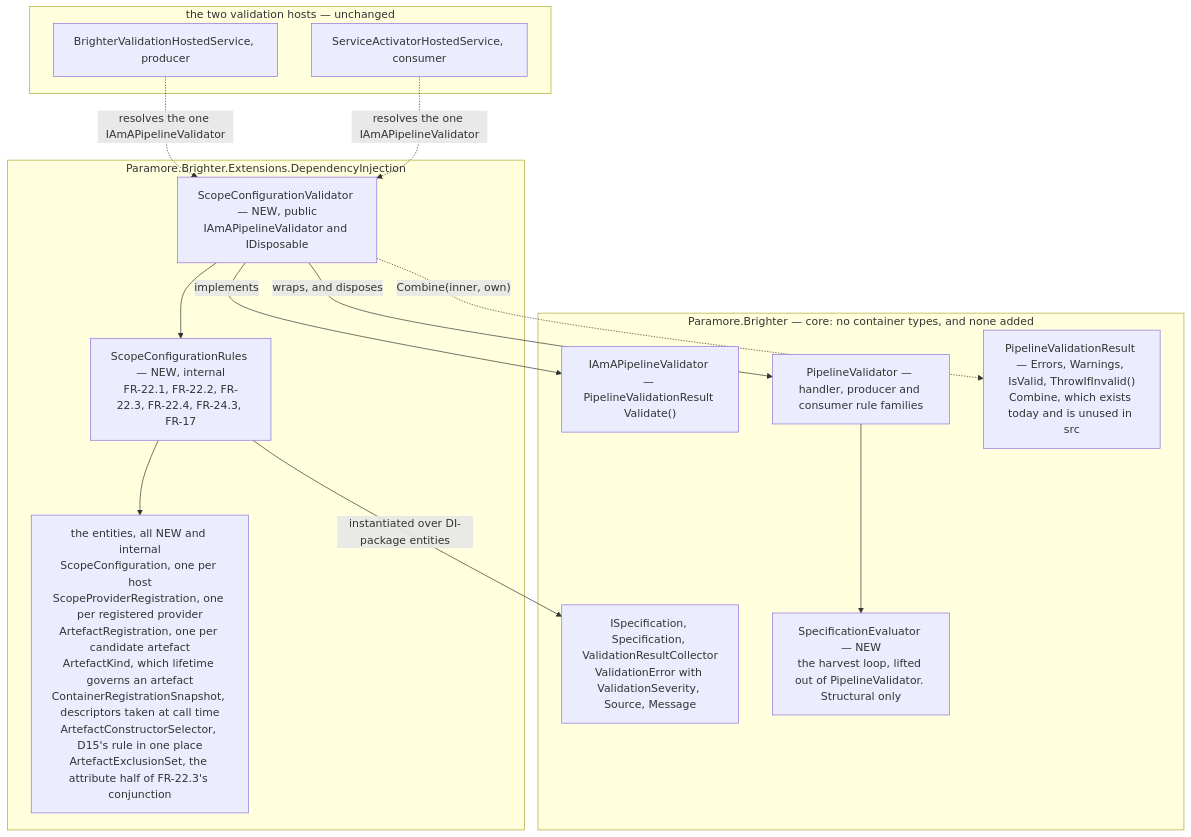
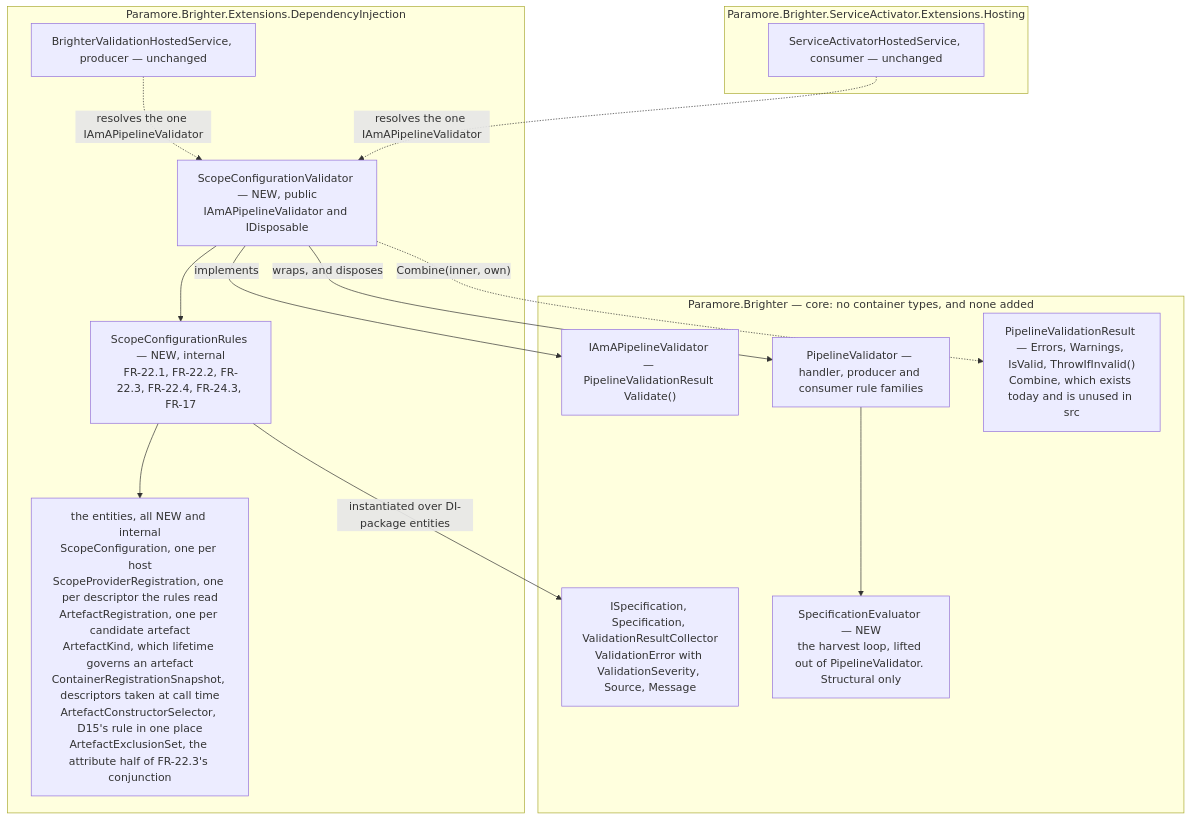
The second of 2 diagrams in docs/adr/0074-lifetime-validation-evaluation-site.md (BrighterCommand/Brighter), drawn with Mermaid before and after one commit. The commit also changed other lines of this file and 2 other files, not shown here.

````diff
--- a/docs/adr/0074-lifetime-validation-evaluation-site.md
+++ b/docs/adr/0074-lifetime-validation-evaluation-site.md
@@ -154,31 +154,31 @@
 ```mermaid
 flowchart TB
     subgraph core["Paramore.Brighter — core: no container types, and none added"]
         iface["IAmAPipelineValidator — PipelineValidationResult Validate()"]
         pv["PipelineValidator — handler, producer and consumer rule families"]
         result["PipelineValidationResult — Errors, Warnings, IsValid, ThrowIfInvalid()<br/>Combine, which exists today and is unused in src"]
         specs["ISpecification, Specification, ValidationResultCollector<br/>ValidationError with ValidationSeverity, Source, Message"]
         eval["SpecificationEvaluator — NEW<br/>the harvest loop, lifted out of PipelineValidator. Structural only"]
         pv --> eval
     end
 
     subgraph di["Paramore.Brighter.Extensions.DependencyInjection"]
         dec["ScopeConfigurationValidator — NEW, public<br/>IAmAPipelineValidator and IDisposable"]
         rules["ScopeConfigurationRules — NEW, internal<br/>FR-22.1, FR-22.2, FR-22.3, FR-22.4, FR-24.3, FR-17"]
-        ents["the entities, all NEW and internal<br/>ScopeConfiguration, one per host<br/>ScopeProviderRegistration, one per registered provider<br/>ArtefactRegistration, one per candidate artefact<br/>ArtefactKind, which lifetime governs an artefact<br/>ContainerRegistrationSnapshot, descriptors taken at call time<br/>ArtefactConstructorSelector, D15's rule in one place<br/>ArtefactExclusionSet, the attribute half of FR-22.3's conjunction"]
+        h1["BrighterValidationHostedService, producer — unchanged"]
+        ents["the entities, all NEW and internal<br/>ScopeConfiguration, one per host<br/>ScopeProviderRegistration, one per descriptor the rules read<br/>ArtefactRegistration, one per candidate artefact<br/>ArtefactKind, which lifetime governs an artefact<br/>ContainerRegistrationSnapshot, descriptors taken at call time<br/>ArtefactConstructorSelector, D15's rule in one place<br/>ArtefactExclusionSet, the attribute half of FR-22.3's conjunction"]
         dec --> rules
         rules --> ents
     end
 
-    subgraph hosts["the two validation hosts — unchanged"]
-        h1["BrighterValidationHostedService, producer"]
-        h2["ServiceActivatorHostedService, consumer"]
+    subgraph hosting["Paramore.Brighter.ServiceActivator.Extensions.Hosting"]
+        h2["ServiceActivatorHostedService, consumer — unchanged"]
     end
 
     dec -- "implements" --> iface
     dec -- "wraps, and disposes" --> pv
     dec -. "Combine(inner, own)" .-> result
     rules -- "instantiated over DI-package entities" --> specs
     h1 -. "resolves the one IAmAPipelineValidator" .-> dec
     h2 -. "resolves the one IAmAPipelineValidator" .-> dec
 ```
````
